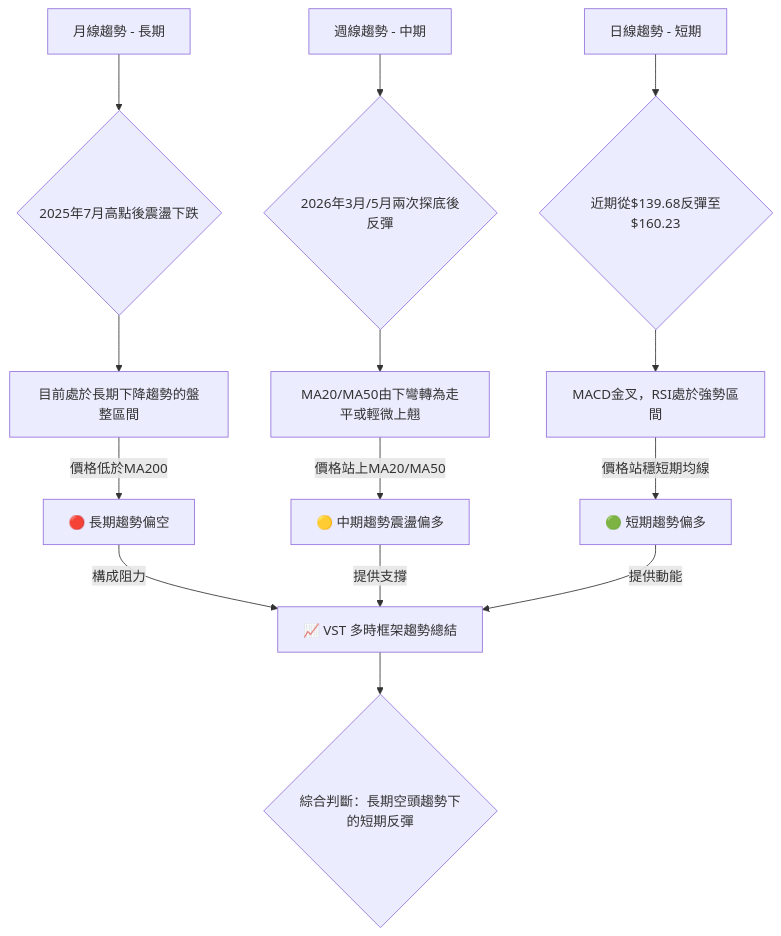
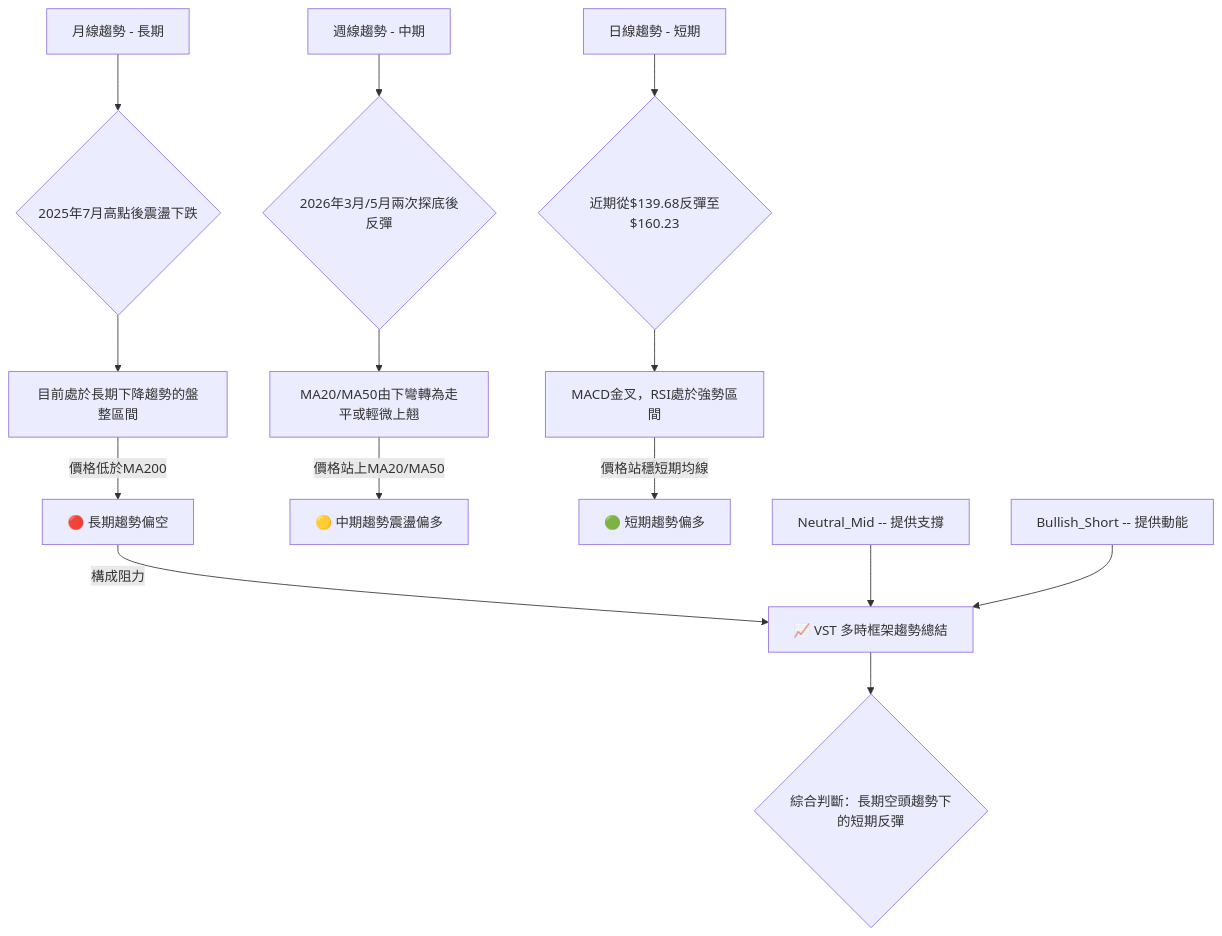
One commit to yennanliu/finance_data changed the second of 2 diagrams in ai_gen_report/stock/vst/technical_analysis_2026-06-01_gemini.md. Above: the diagram before and after it, drawn with Mermaid. The commit also changed 2258 other files, not shown here.

First line of the commit message:
chore: backfill Mermaid syntax repair across existing reports

````diff
--- a/ai_gen_report/stock/vst/technical_analysis_2026-06-01_gemini.md
+++ b/ai_gen_report/stock/vst/technical_analysis_2026-06-01_gemini.md
@@ -127,20 +127,20 @@
 ```mermaid
 graph TD
-    A[月線趨勢 - 長期] --> A1{2025年7月高點後震盪下跌}
-    A1 --> A2[目前處於長期下降趨勢的盤整區間]
-    A2 -- 價格低於MA200 --> Bearish_Long[🔴 長期趨勢偏空]
+    A["月線趨勢 - 長期"] --> A1{"2025年7月高點後震盪下跌"}
+    A1 --> A2["目前處於長期下降趨勢的盤整區間"]
+    A2 -- 價格低於MA200 --> Bearish_Long["🔴 長期趨勢偏空"]
 
-    B[週線趨勢 - 中期] --> B1{2026年3月/5月兩次探底後反彈}
-    B1 --> B2[MA20/MA50由下彎轉為走平或輕微上翹]
-    B2 -- 價格站上MA20/MA50 --> Neutral_Mid[🟡 中期趨勢震盪偏多]
+    B["週線趨勢 - 中期"] --> B1{"2026年3月/5月兩次探底後反彈"}
+    B1 --> B2["MA20/MA50由下彎轉為走平或輕微上翹"]
+    B2 -- 價格站上MA20/MA50 --> Neutral_Mid["🟡 中期趨勢震盪偏多"]
 
-    C[日線趨勢 - 短期] --> C1{近期從$139.68反彈至$160.23}
-    C1 --> C2[MACD金叉，RSI處於強勢區間]
-    C2 -- 價格站穩短期均線 --> Bullish_Short[🟢 短期趨勢偏多]
+    C["日線趨勢 - 短期"] --> C1{"近期從$139.68反彈至$160.23"}
+    C1 --> C2["MACD金叉，RSI處於強勢區間"]
+    C2 -- 價格站穩短期均線 --> Bullish_Short["🟢 短期趨勢偏多"]
 
-    Bearish_Long -- 構成阻力 --> Overall_Trend[📈 VST 多時框架趨勢總結]
-    Neutral_Mid -- 提供支撐 --> Overall_Trend
-    Bullish_Short -- 提供動能 --> Overall_Trend
+    Bearish_Long -- 構成阻力 --> Overall_Trend["📈 VST 多時框架趨勢總結"]
+    nb1["Neutral_Mid -- 提供支撐"] --> Overall_Trend
+    nb2["Bullish_Short -- 提供動能"] --> Overall_Trend
 
-    Overall_Trend --> Conclusion{綜合判斷：長期空頭趨勢下的短期反彈}
+    Overall_Trend --> Conclusion{"綜合判斷：長期空頭趨勢下的短期反彈"}
 ```
````
